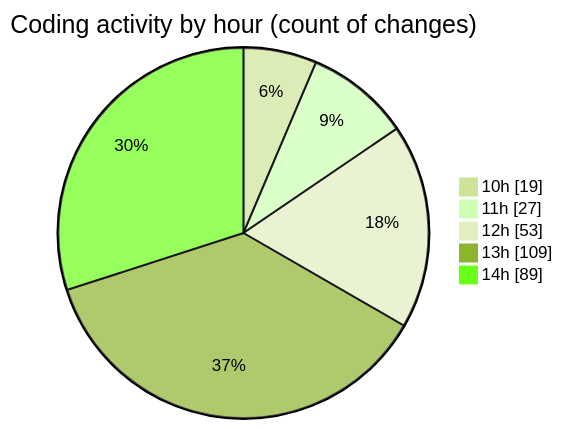
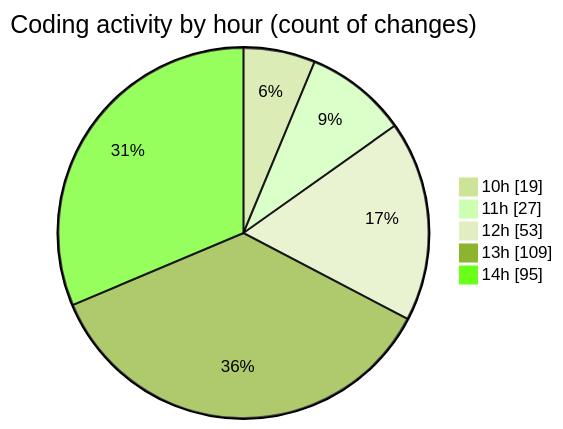
Before and after one commit to momahboobian/code-tracking: the second of 2 diagrams in 2025-03-18/cda/README.md, drawn with Mermaid (forest theme). The commit also changed other lines of this file and 1 other file, not shown here.

````diff
--- a/2025-03-18/cda/README.md
+++ b/2025-03-18/cda/README.md
@@ -42,9 +42,9 @@
 ```mermaid
 pie showData
 title Coding activity by hour (count of changes)
 "10h" : 19
 "11h" : 27
 "12h" : 53
 "13h" : 109
-"14h" : 89
+"14h" : 95
 ```
````
